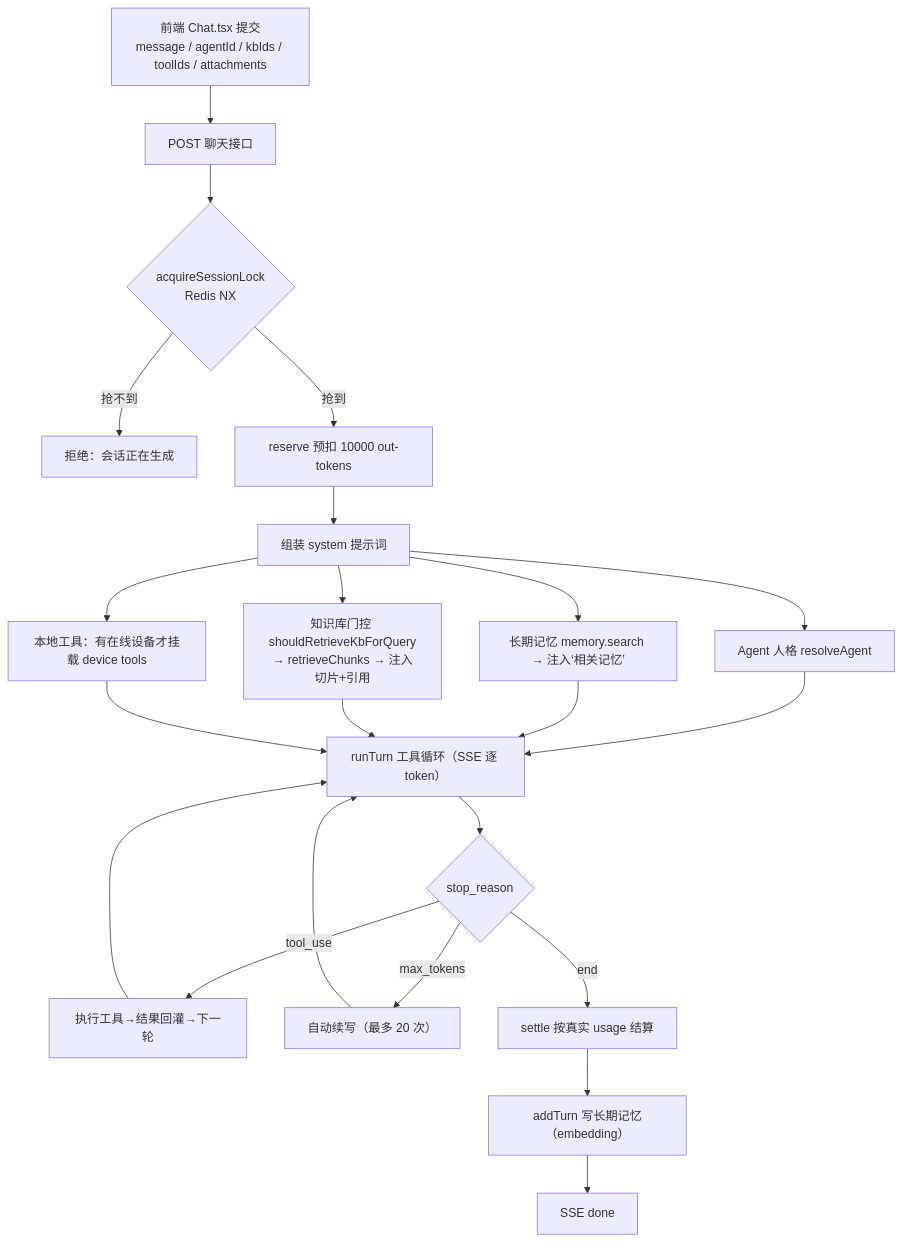
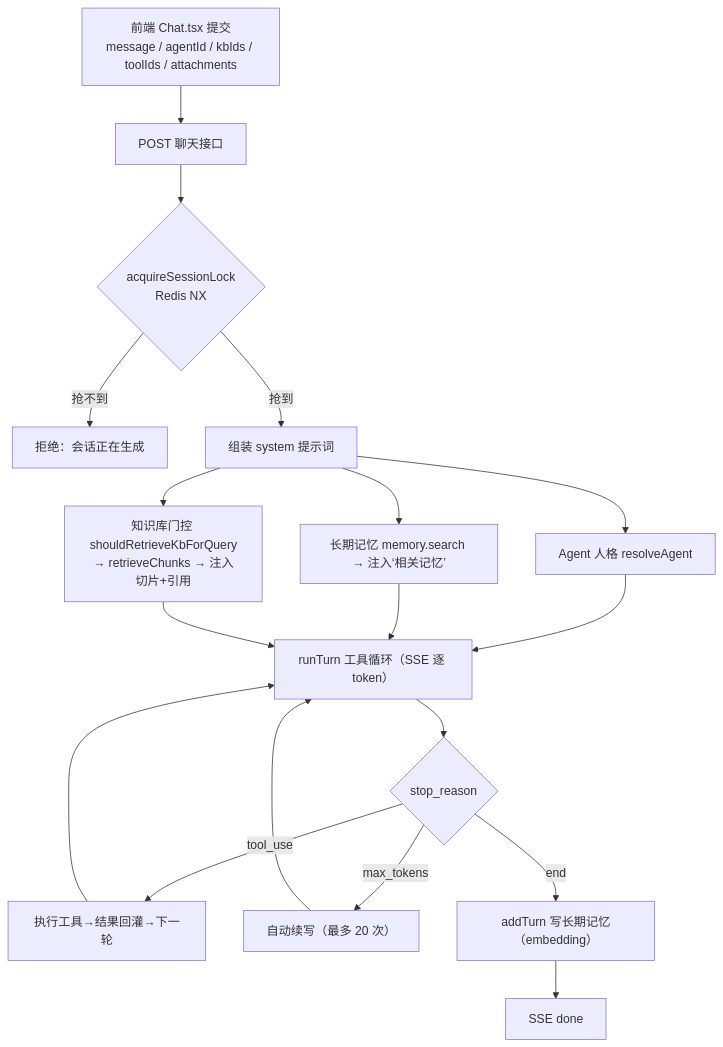
Before and after one commit to a1150534468/ai-project: the diagram in docs/chat.md, drawn with Mermaid. The commit also changed other lines of this file and 16 other files, not shown here.

````diff
--- a/docs/chat.md
+++ b/docs/chat.md
@@ -51,19 +54,16 @@
 ```mermaid
 flowchart TD
     A["前端 Chat.tsx 提交<br/>message / agentId / kbIds / toolIds / attachments"] --> B["POST 聊天接口"]
     B --> C{"acquireSessionLock<br/>Redis NX"}
     C -->|抢不到| X["拒绝：会话正在生成"]
-    C -->|抢到| D["reserve 预扣 10000 out-tokens"]
-    D --> E["组装 system 提示词"]
+    C -->|抢到| E["组装 system 提示词"]
     E --> E1["Agent 人格 resolveAgent"]
     E --> E2["长期记忆 memory.search → 注入‘相关记忆’"]
     E --> E3["知识库门控 shouldRetrieveKbForQuery<br/>→ retrieveChunks → 注入切片+引用"]
-    E --> E4["本地工具：有在线设备才挂载 device tools"]
-    E1 & E2 & E3 & E4 --> F["runTurn 工具循环（SSE 逐 token）"]
+    E1 & E2 & E3 --> F["runTurn 工具循环（SSE 逐 token）"]
     F --> G{"stop_reason"}
     G -->|tool_use| H["执行工具→结果回灌→下一轮"] --> F
     G -->|max_tokens| I["自动续写（最多 20 次）"] --> F
-    G -->|end| J["settle 按真实 usage 结算"]
-    J --> K["addTurn 写长期记忆（embedding）"]
+    G -->|end| K["addTurn 写长期记忆（embedding）"]
     K --> L["SSE done"]
 ```
````
